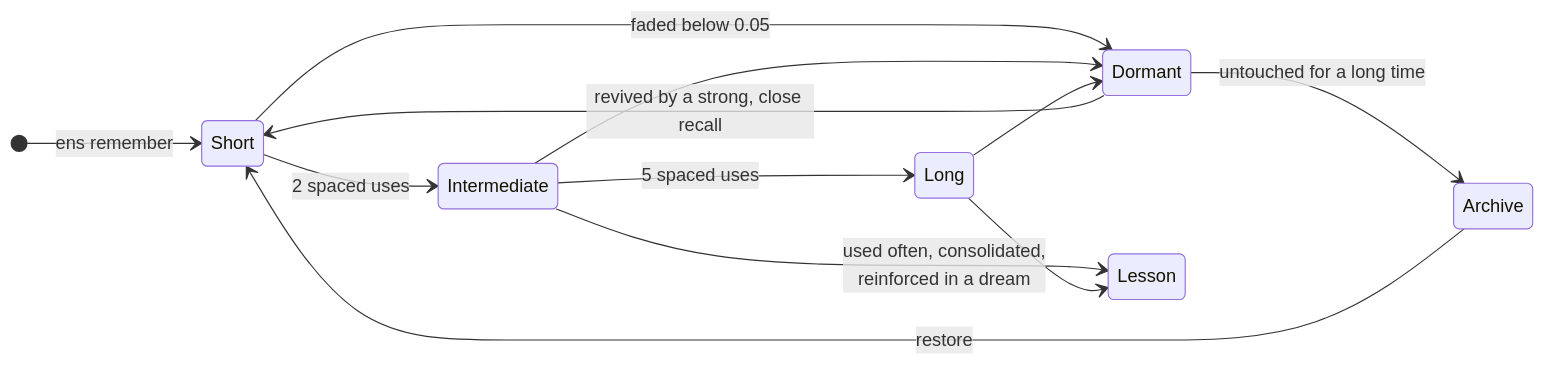
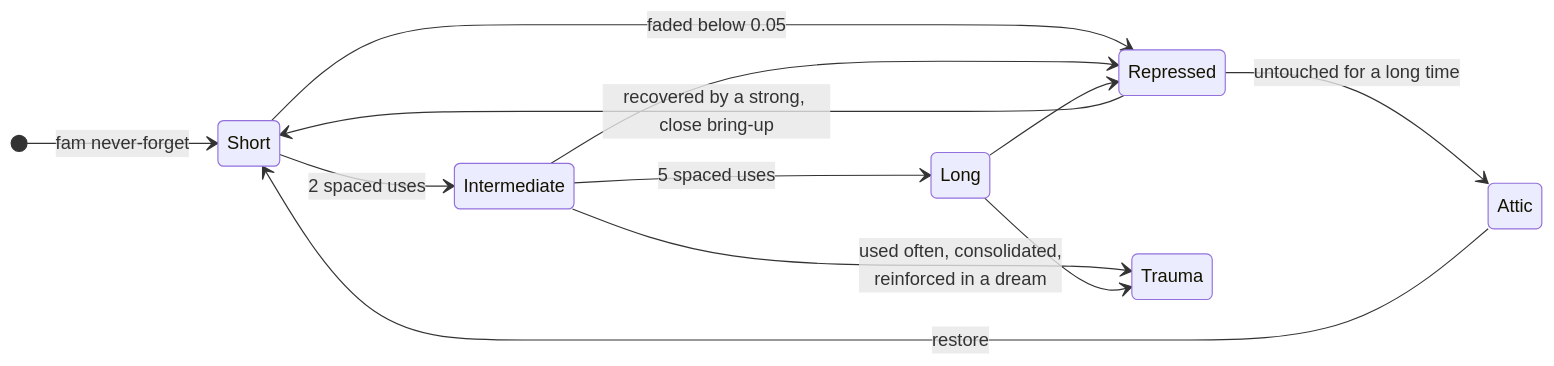
One commit to TheHaymaker/Ensemble-of-memories changed the third of 5 diagrams in README.md. Above: the diagram before and after it, drawn with Mermaid. The commit also changed other lines of this file and 53 other files, not shown here.

````diff
--- a/README.md
+++ b/README.md
@@ -94,15 +96,15 @@
 ```mermaid
 stateDiagram-v2
     direction LR
-    [*] --> Short: ens remember
+    [*] --> Short: fam never-forget
     Short --> Intermediate: 2 spaced uses
     Intermediate --> Long: 5 spaced uses
-    Short --> Dormant: faded below 0.05
-    Intermediate --> Dormant
-    Long --> Dormant
-    Dormant --> Short: revived by a strong, close recall
-    Dormant --> Archive: untouched for a long time
-    Intermediate --> Lesson: used often, consolidated,<br/>reinforced in a dream
-    Long --> Lesson
-    Archive --> Short: restore
+    Short --> Repressed: faded below 0.05
+    Intermediate --> Repressed
+    Long --> Repressed
+    Repressed --> Short: recovered by a strong, close bring-up
+    Repressed --> Attic: untouched for a long time
+    Intermediate --> Trauma: used often, consolidated,<br/>reinforced in a dream
+    Long --> Trauma
+    Attic --> Short: restore
 ```
````
